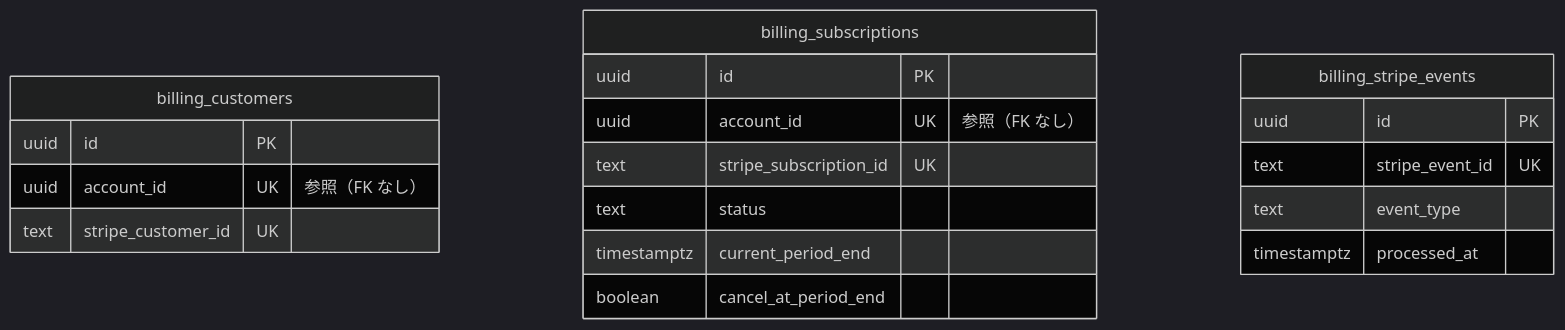
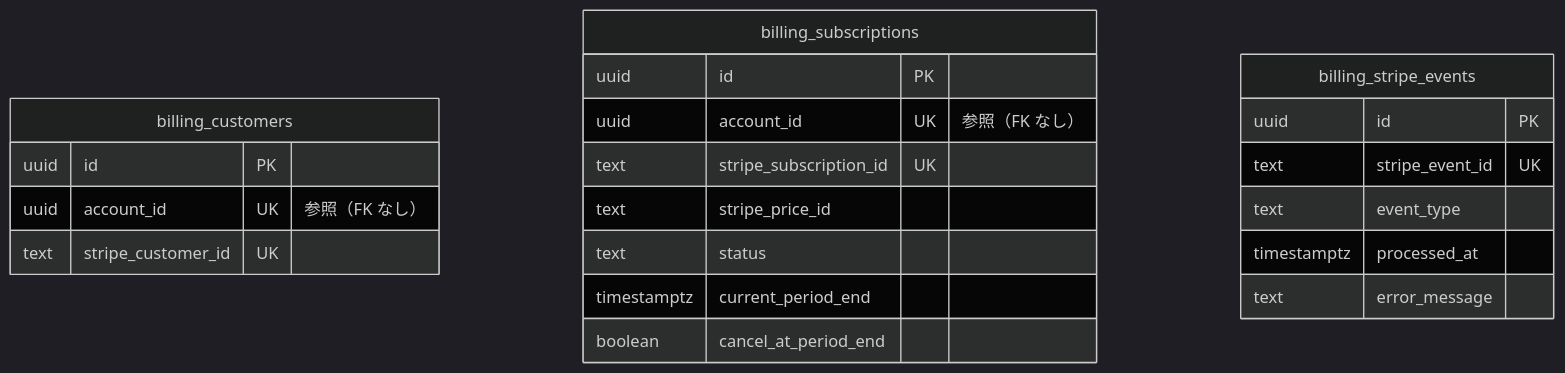
Before and after one commit to panicboat/monorepo: diagram 14 of 14 in dystopia/docs/data-model.md, drawn with Mermaid (dark theme). The commit also changed other lines of this file and 21 other files, not shown here.

````diff
--- a/dystopia/docs/data-model.md
+++ b/dystopia/docs/data-model.md
@@ -427,22 +445,24 @@
 ```mermaid
 erDiagram
     billing_customers {
         uuid id PK
         uuid account_id UK "参照（FK なし）"
         text stripe_customer_id UK
     }
     billing_subscriptions {
         uuid id PK
         uuid account_id UK "参照（FK なし）"
         text stripe_subscription_id UK
+        text stripe_price_id
         text status
         timestamptz current_period_end
         boolean cancel_at_period_end
     }
     billing_stripe_events {
         uuid id PK
         text stripe_event_id UK
         text event_type
         timestamptz processed_at
+        text error_message
     }
 ```
````
